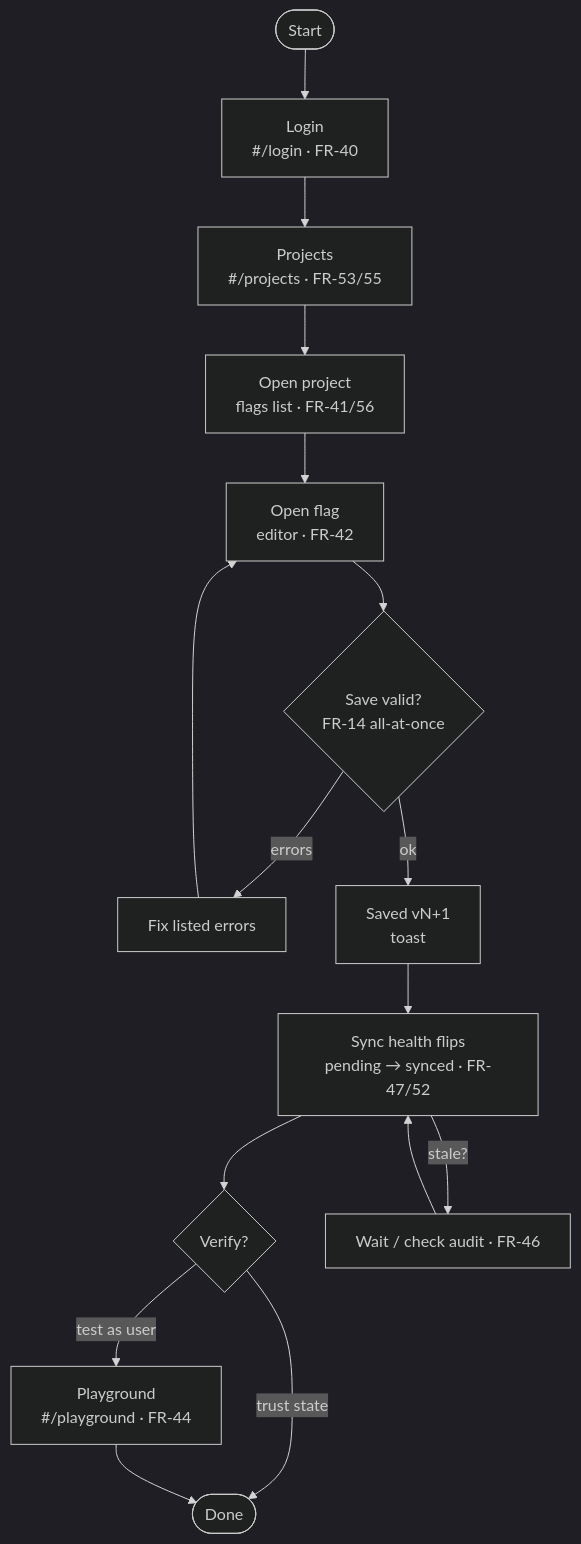
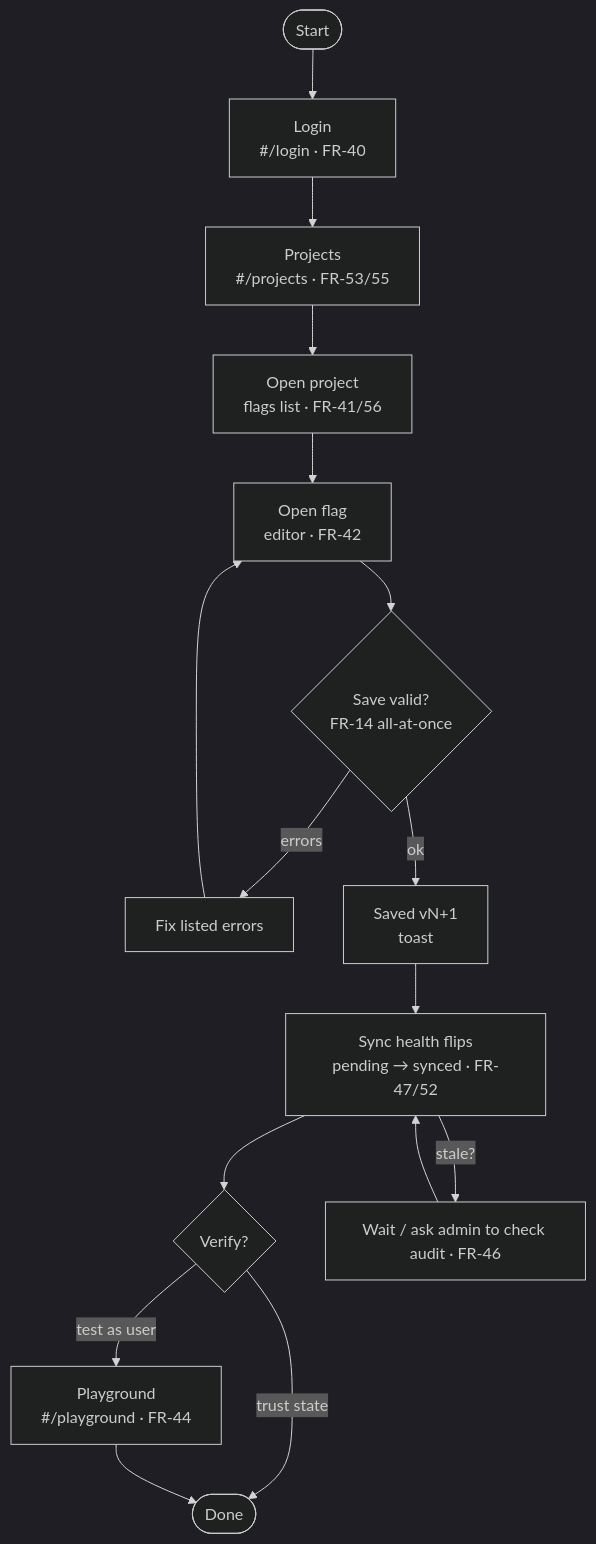
Before and after one commit to kokhoui83/flag-management-system-v2: the second of 4 diagrams in docs/07-dashboard-design.md, drawn with Mermaid (dark theme). The commit also changed other lines of this file and 30 other files, not shown here.

````diff
--- a/docs/07-dashboard-design.md
+++ b/docs/07-dashboard-design.md
@@ -373,17 +396,17 @@
 ```mermaid
 flowchart TD
   A([Start]) --> B["Login<br/>#/login · FR-40"]
   B --> C["Projects<br/>#/projects · FR-53/55"]
   C --> D["Open project<br/>flags list · FR-41/56"]
   D --> E["Open flag<br/>editor · FR-42"]
   E --> F{"Save valid?<br/>FR-14 all-at-once"}
   F -- errors --> G["Fix listed errors"] --> E
   F -- ok --> H["Saved vN+1<br/>toast"]
   H --> I["Sync health flips<br/>pending → synced · FR-47/52"]
   I --> J{"Verify?"}
   J -- test as user --> K["Playground<br/>#/playground · FR-44"]
   J -- trust state --> L([Done])
   K --> L
-  I -- stale? --> M["Wait / check audit · FR-46"]
+  I -- stale? --> M["Wait / ask admin to check audit · FR-46"]
   M --> I
 ```
````
